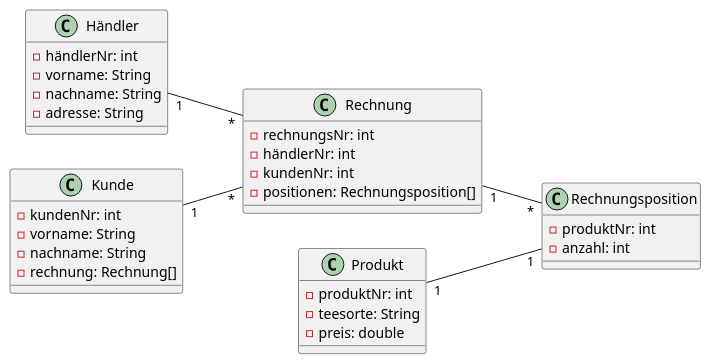
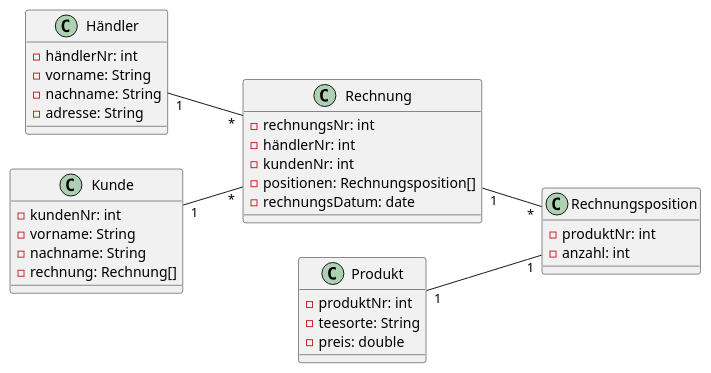
The diagram in asciidocs/plantuml/teehändler.puml (2223-4bhitm-sew/01-microproject-EderMoritz), drawn with PlantUML before and after one commit.

Commit message:
datenmodell rechnungsdatum

```diff
--- a/asciidocs/plantuml/teehändler.puml
+++ b/asciidocs/plantuml/teehändler.puml
@@ -1,42 +1,43 @@
 @startuml
 left to right direction
 
 class Händler {
     - händlerNr: int
     - vorname: String
     - nachname: String
     - adresse: String
 }
 
 class Kunde {
     - kundenNr: int
     - vorname: String
     - nachname: String
     - rechnung: Rechnung[]
 }
 
 class Rechnung {
     - rechnungsNr: int
     - händlerNr: int
     - kundenNr: int
     - positionen: Rechnungsposition[]
+    - rechnungsDatum: date
 }
 
 class Produkt {
     - produktNr: int
     - teesorte: String
     - preis: double
 }
 
 class Rechnungsposition {
     - produktNr: int
     - anzahl: int
 }
 
 Kunde "1" -- "*" Rechnung
 Händler "1" -- "*" Rechnung
 Produkt "1" -- "1" Rechnungsposition
 Rechnung "1" -- "*" Rechnungsposition
 
 
 @enduml
```
